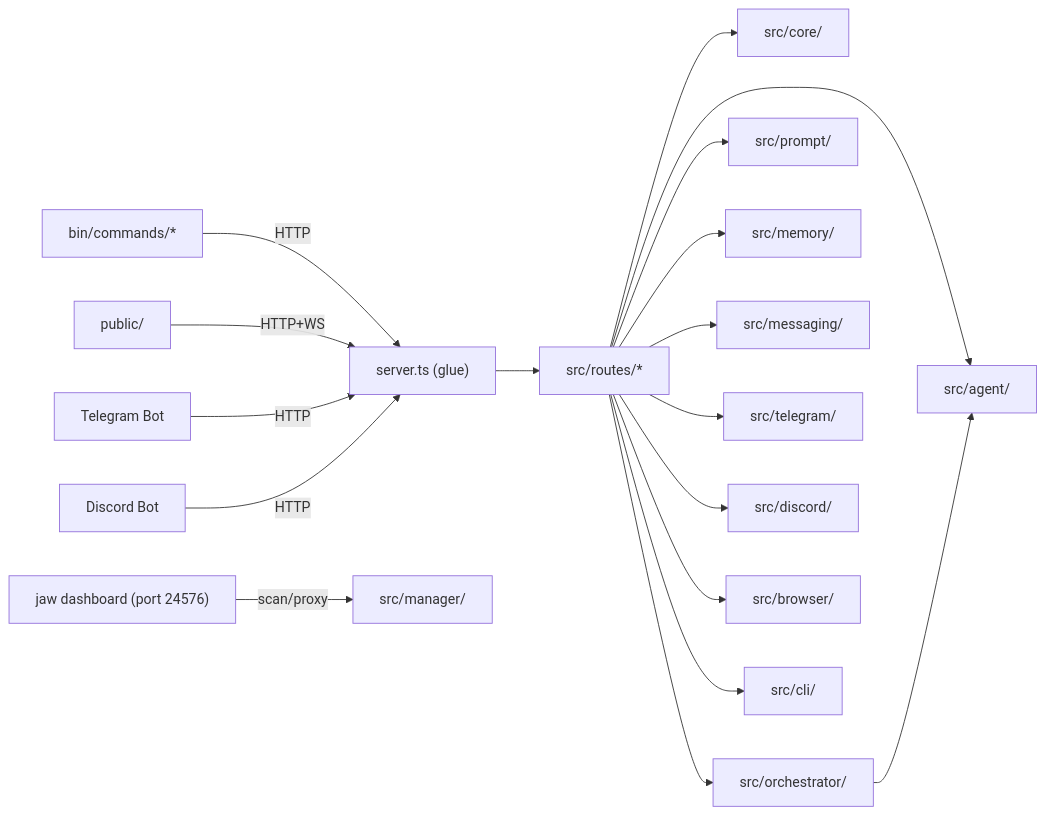
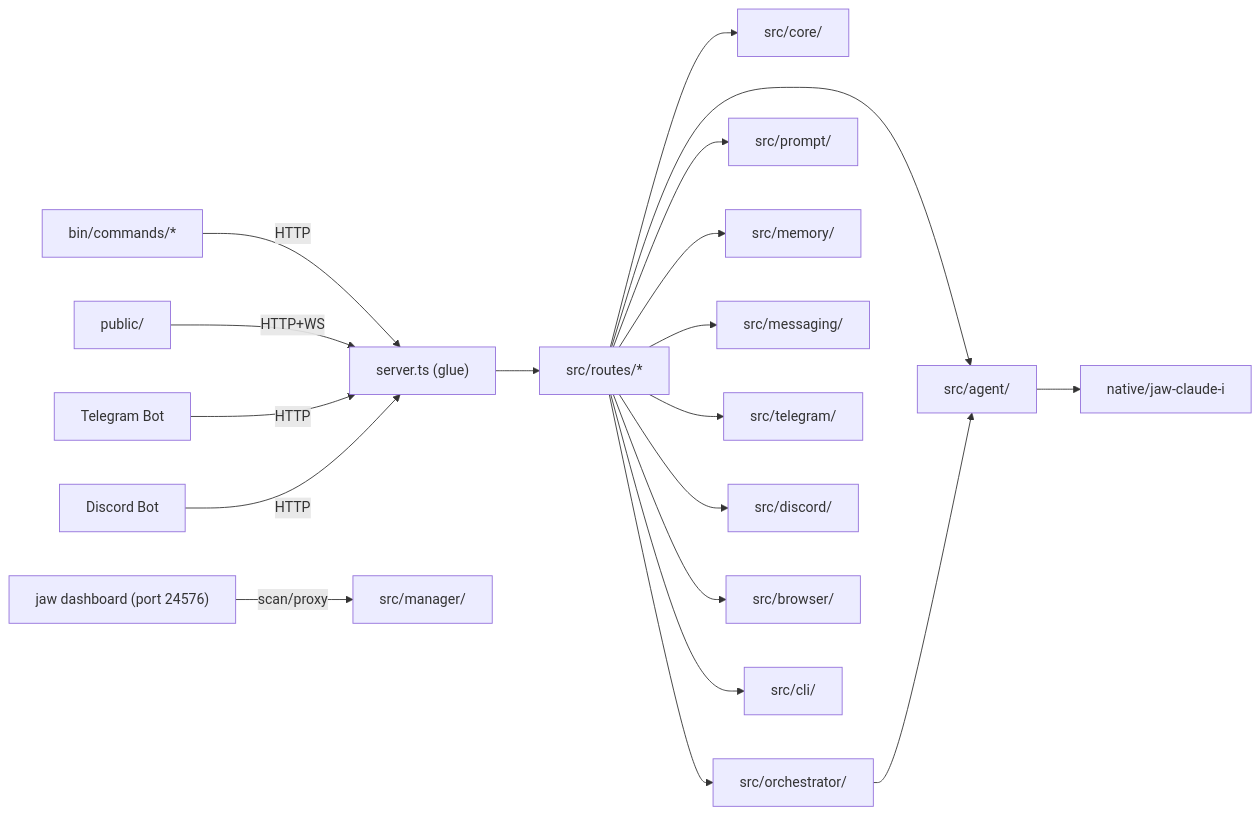
Before and after one commit to lidge-jun/cli-jaw: the diagram in structure/INDEX.md, drawn with Mermaid. The commit also changed other lines of this file and 7 other files, not shown here.

Commit message:
[agent] docs: update runtime architecture references

````diff
--- a/structure/INDEX.md
+++ b/structure/INDEX.md
@@ -15,20 +17,21 @@
 ```mermaid
 graph LR
     CLI["bin/commands/*"] -->|HTTP| SRV["server.ts (glue)"]
     WEB["public/"] -->|HTTP+WS| SRV
     TG["Telegram Bot"] -->|HTTP| SRV
     DC["Discord Bot"] -->|HTTP| SRV
     DASH["jaw dashboard (port 24576)"] -->|scan/proxy| MGR["src/manager/"]
     SRV --> ROUTES["src/routes/*"]
     ROUTES --> CORE["src/core/"]
     ROUTES --> AGT["src/agent/"]
     ROUTES --> ORC["src/orchestrator/"]
     ROUTES --> PRM["src/prompt/"]
     ROUTES --> MEM["src/memory/"]
     ROUTES --> MSG["src/messaging/"]
     ROUTES --> TGMOD["src/telegram/"]
     ROUTES --> DCMOD["src/discord/"]
     ROUTES --> BR["src/browser/"]
     ROUTES --> CMD["src/cli/"]
     ORC --> AGT
+    AGT --> NATIVE["native/jaw-claude-i"]
 ```
````
